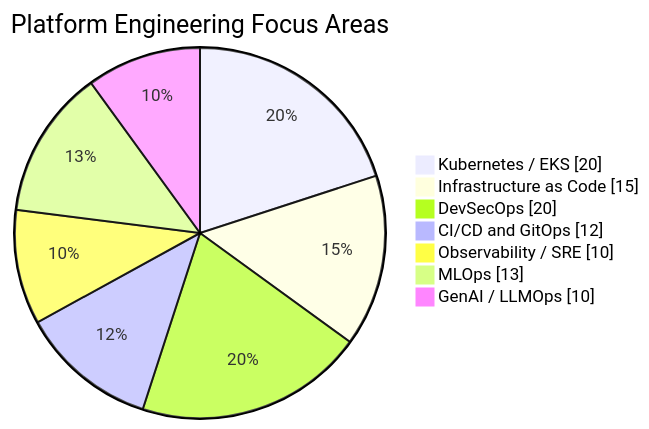
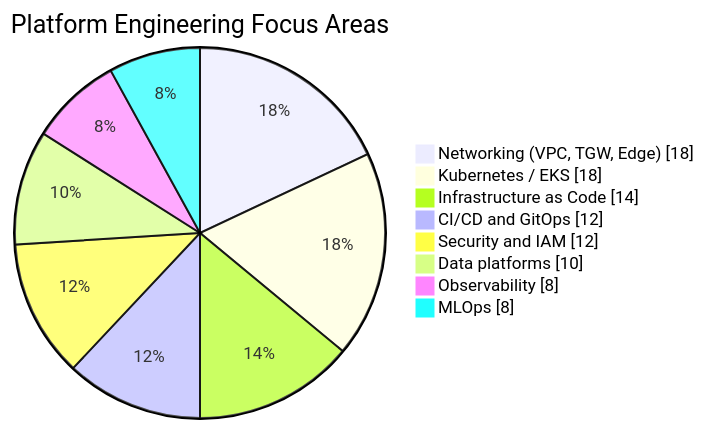
One commit to muntaha747/FinTech-Enterprise-Project changed diagram 13 of 25 in README.md. Above: the diagram before and after it, drawn with Mermaid. The commit also changed other lines of this file and 1 other file, not shown here.

First line of the commit message:
README: align the whole README with the two architecture diagrams [skip ci]

````diff
--- a/README.md
+++ b/README.md
@@ -987,10 +728,11 @@
 ```mermaid
 pie showData title Platform Engineering Focus Areas
-    "Kubernetes / EKS" : 20
-    "Infrastructure as Code" : 15
-    "DevSecOps" : 20
+    "Networking (VPC, TGW, Edge)" : 18
+    "Kubernetes / EKS" : 18
+    "Infrastructure as Code" : 14
     "CI/CD and GitOps" : 12
-    "Observability / SRE" : 10
-    "MLOps" : 13
-    "GenAI / LLMOps" : 10
+    "Security and IAM" : 12
+    "Data platforms" : 10
+    "Observability" : 8
+    "MLOps" : 8
 ```
````
